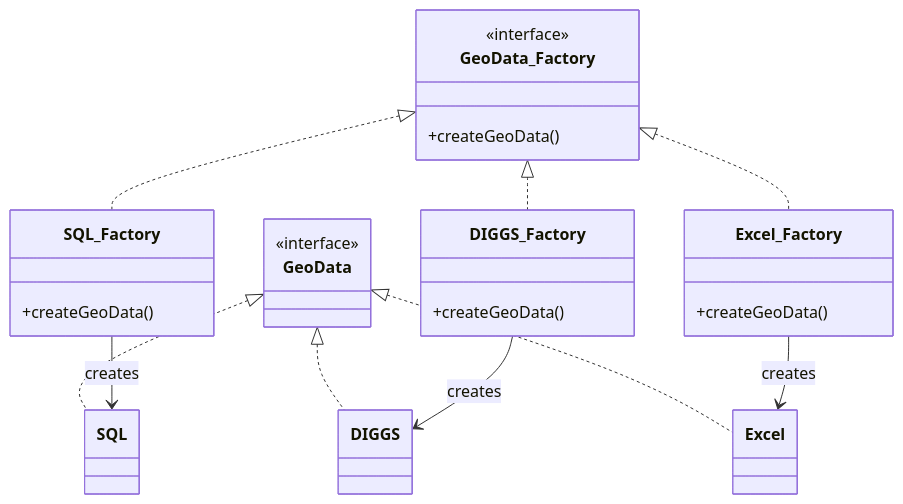
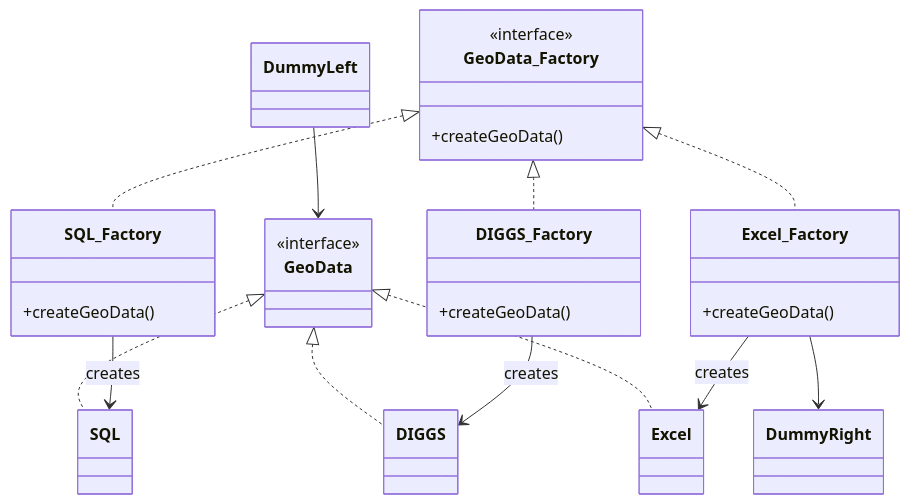
One commit to DIGGSml/DIGGS_SQL changed the diagram in README.md. Above: the diagram before and after it, drawn with Mermaid.

````diff
--- a/README.md
+++ b/README.md
@@ -8,42 +8,48 @@
 ```mermaid
 classDiagram
+    %% Product side
     class GeoData {
         <<interface>>
     }
 
-    class SQL {
-    }
-    class DIGGS {
-    }
-    class Excel {
-    }
+    class SQL
+    class DIGGS
+    class Excel
 
     GeoData <|.. SQL
     GeoData <|.. DIGGS
     GeoData <|.. Excel
 
+    %% Creator side
     class GeoData_Factory {
         <<interface>>
         +createGeoData()
     }
 
     class SQL_Factory {
         +createGeoData()
     }
 
     class DIGGS_Factory {
         +createGeoData()
     }
 
     class Excel_Factory {
         +createGeoData()
     }
 
     GeoData_Factory <|.. SQL_Factory
     GeoData_Factory <|.. DIGGS_Factory
     GeoData_Factory <|.. Excel_Factory
 
+    %% Associations (from creators to products)
     SQL_Factory --> SQL : creates
     DIGGS_Factory --> DIGGS : creates
     Excel_Factory --> Excel : creates
+
+    %% Layout hints (pseudo-direction by adding invisible classes and links)
+    class DummyLeft
+    class DummyRight
+    DummyLeft --> GeoData
+    Excel_Factory --> DummyRight
 ```
````
